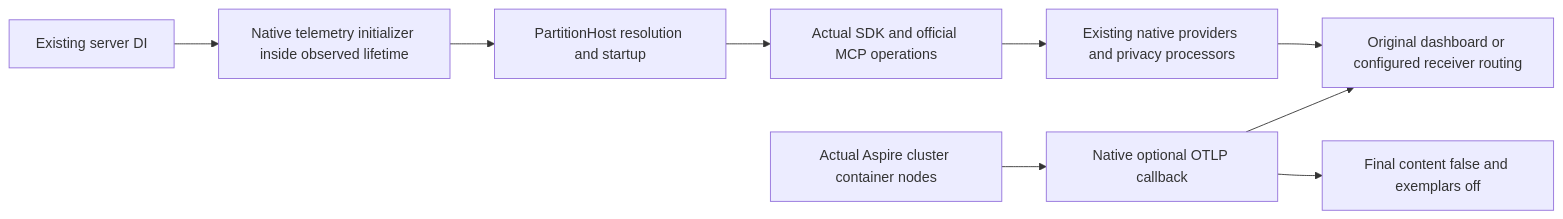
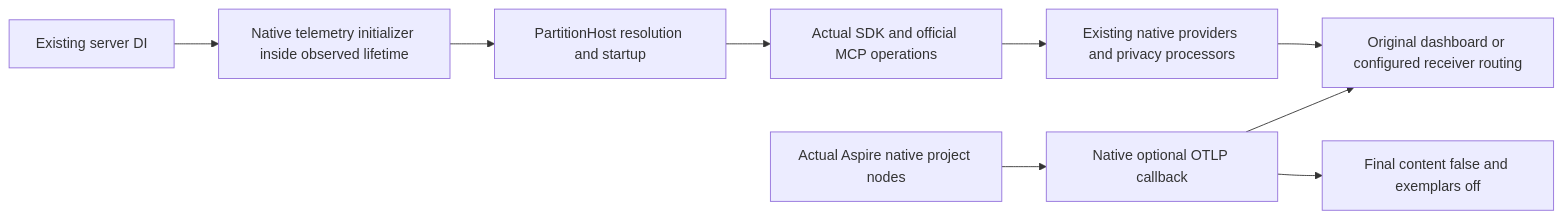
Before and after one commit to managedcode/KeyLoad: the diagram in docs/Features/Authorization/FoundationOtlp.md, drawn with Mermaid. The commit also changed other lines of this file and 188 other files, not shown here.

````diff
--- a/docs/Features/Authorization/FoundationOtlp.md
+++ b/docs/Features/Authorization/FoundationOtlp.md
@@ -12,11 +12,11 @@
 ```mermaid
 flowchart LR
-  Nodes[Actual Aspire cluster container nodes] --> Native[Native optional OTLP callback]
+  Nodes[Actual Aspire native project nodes] --> Native[Native optional OTLP callback]
   Native --> Routing[Original dashboard or configured receiver routing]
   Native --> Privacy[Final content false and exemplars off]
   Build[Existing server DI] --> Init[Native telemetry initializer inside observed lifetime]
   Init --> Storage[PartitionHost resolution and startup]
   Storage --> Calls[Actual SDK and official MCP operations]
   Calls --> Providers[Existing native providers and privacy processors]
   Providers --> Routing
 ```
````
